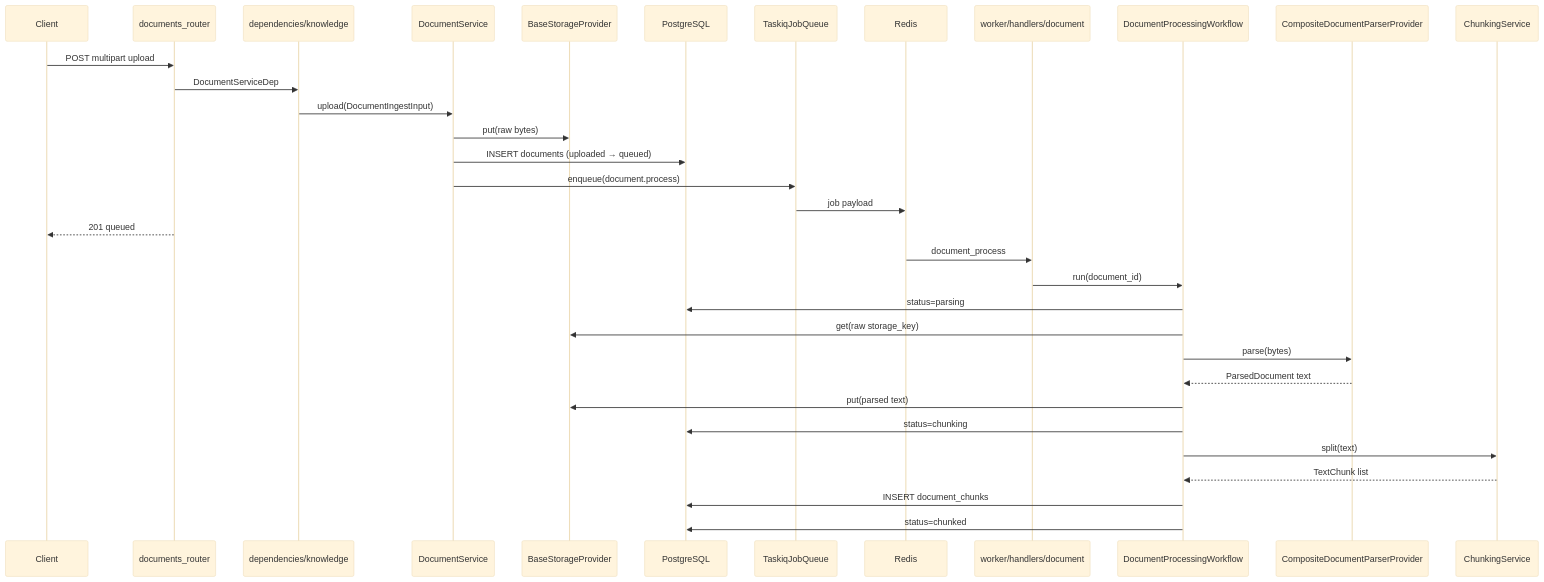
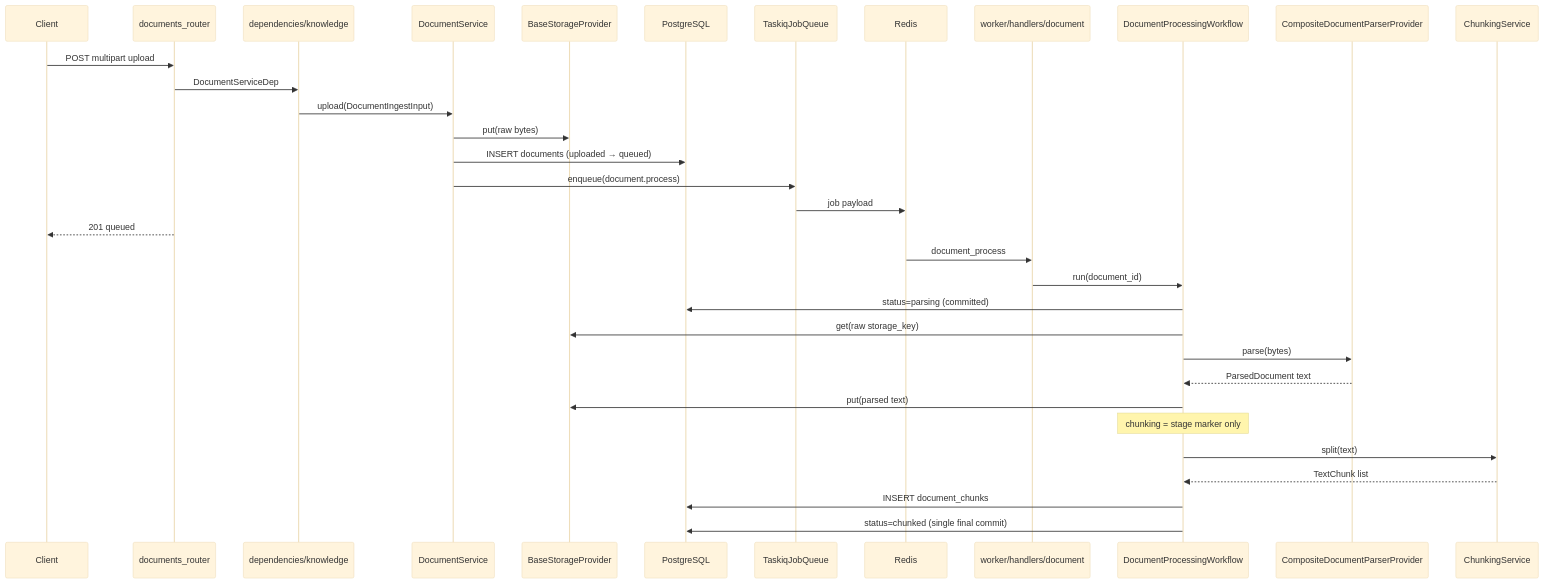
One commit to Jrahimin/rag-builder changed the diagram in docs/learning/knowledge-ingestion-journey.md. Above: the diagram before and after it, drawn with Mermaid (base theme). The commit also changed other lines of this file and 38 other files, not shown here.

````diff
--- a/docs/learning/knowledge-ingestion-journey.md
+++ b/docs/learning/knowledge-ingestion-journey.md
@@ -23,37 +23,37 @@
 ```mermaid
 sequenceDiagram
     participant Client
     participant Router as documents_router
     participant DI as dependencies/knowledge
     participant Svc as DocumentService
     participant Store as BaseStorageProvider
     participant DB as PostgreSQL
     participant Queue as TaskiqJobQueue
     participant Redis
     participant Worker as worker/handlers/document
     participant Flow as DocumentProcessingWorkflow
     participant Parser as CompositeDocumentParserProvider
     participant Chunker as ChunkingService
 
     Client->>Router: POST multipart upload
     Router->>DI: DocumentServiceDep
     DI->>Svc: upload(DocumentIngestInput)
     Svc->>Store: put(raw bytes)
     Svc->>DB: INSERT documents (uploaded → queued)
     Svc->>Queue: enqueue(document.process)
     Queue->>Redis: job payload
     Router-->>Client: 201 queued
 
     Redis->>Worker: document_process
     Worker->>Flow: run(document_id)
-    Flow->>DB: status=parsing
+    Flow->>DB: status=parsing (committed)
     Flow->>Store: get(raw storage_key)
     Flow->>Parser: parse(bytes)
     Parser-->>Flow: ParsedDocument text
     Flow->>Store: put(parsed text)
-    Flow->>DB: status=chunking
+    Note over Flow: chunking = stage marker only
     Flow->>Chunker: split(text)
     Chunker-->>Flow: TextChunk list
     Flow->>DB: INSERT document_chunks
-    Flow->>DB: status=chunked
+    Flow->>DB: status=chunked (single final commit)
 ```
````
